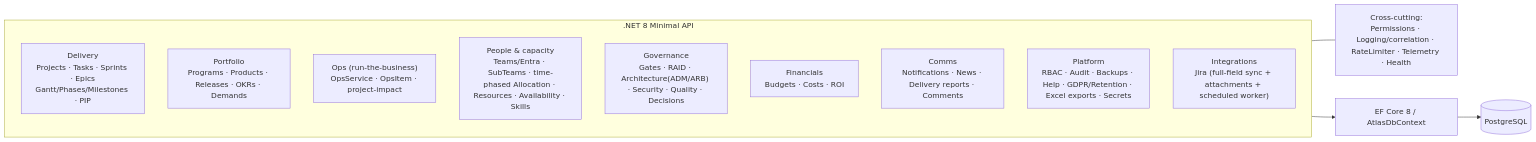
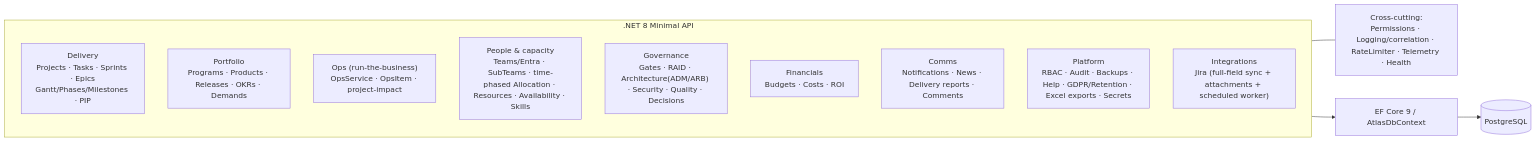
Before and after one commit to nicpozent/ATLASPPM_AdditionalFeatures: the third of 8 diagrams in docs/architecture/hld.md, drawn with Mermaid. The commit also changed other lines of this file and 8 other files, not shown here.

````diff
--- a/docs/architecture/hld.md
+++ b/docs/architecture/hld.md
@@ -101,18 +101,18 @@
 ```mermaid
 flowchart LR
   subgraph API[".NET 8 Minimal API"]
     direction TB
     delivery["Delivery\nProjects · Tasks · Sprints · Epics\nGantt/Phases/Milestones · PIP"]
     portfolio["Portfolio\nPrograms · Products · Releases · OKRs · Demands"]
     ops["Ops (run-the-business)\nOpsService · OpsItem · project-impact"]
     people["People & capacity\nTeams/Entra · SubTeams · time-phased Allocation · Resources · Availability · Skills"]
     govern["Governance\nGates · RAID · Architecture(ADM/ARB) · Security · Quality · Decisions"]
     finance["Financials\nBudgets · Costs · ROI"]
     comms["Comms\nNotifications · News · Delivery reports · Comments"]
     platform["Platform\nRBAC · Audit · Backups · Help · GDPR/Retention · Excel exports · Secrets"]
     integr["Integrations\nJira (full-field sync + attachments + scheduled worker)"]
   end
   xcut["Cross-cutting:\nPermissions · Logging/correlation · RateLimiter · Telemetry · Health"]
   API --- xcut
-  API --> EF["EF Core 8 / AtlasDbContext"] --> PG[("PostgreSQL")]
+  API --> EF["EF Core 9 / AtlasDbContext"] --> PG[("PostgreSQL")]
 ```
````
